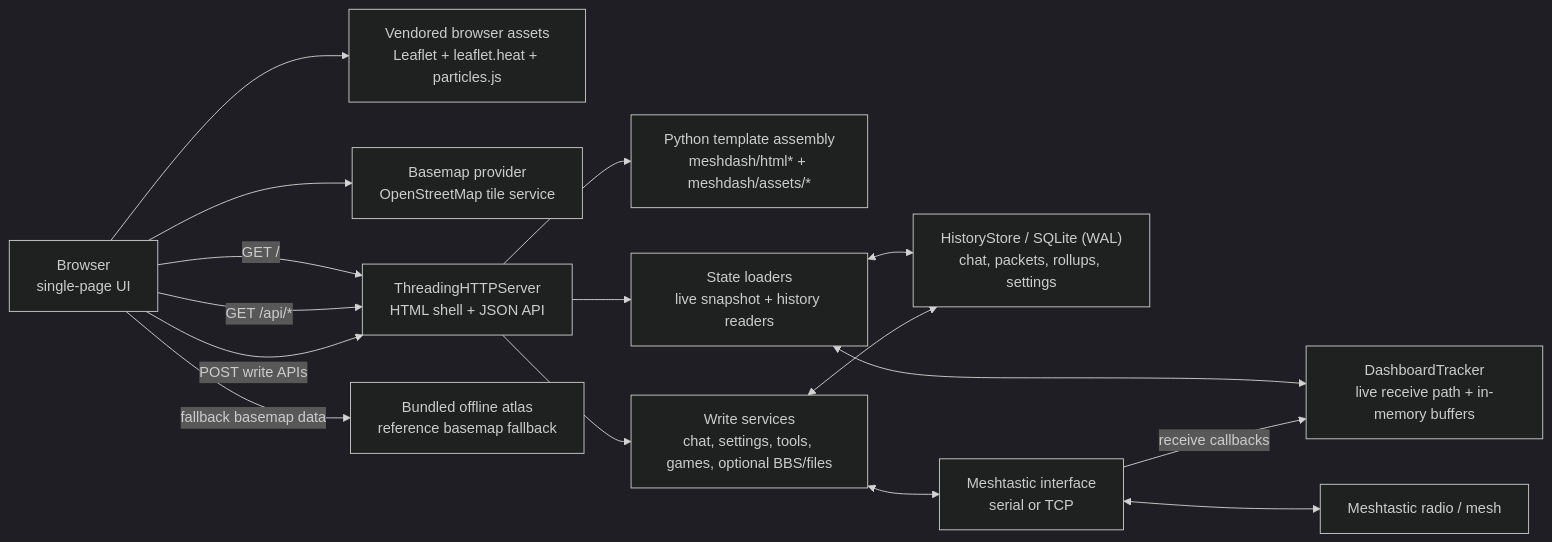
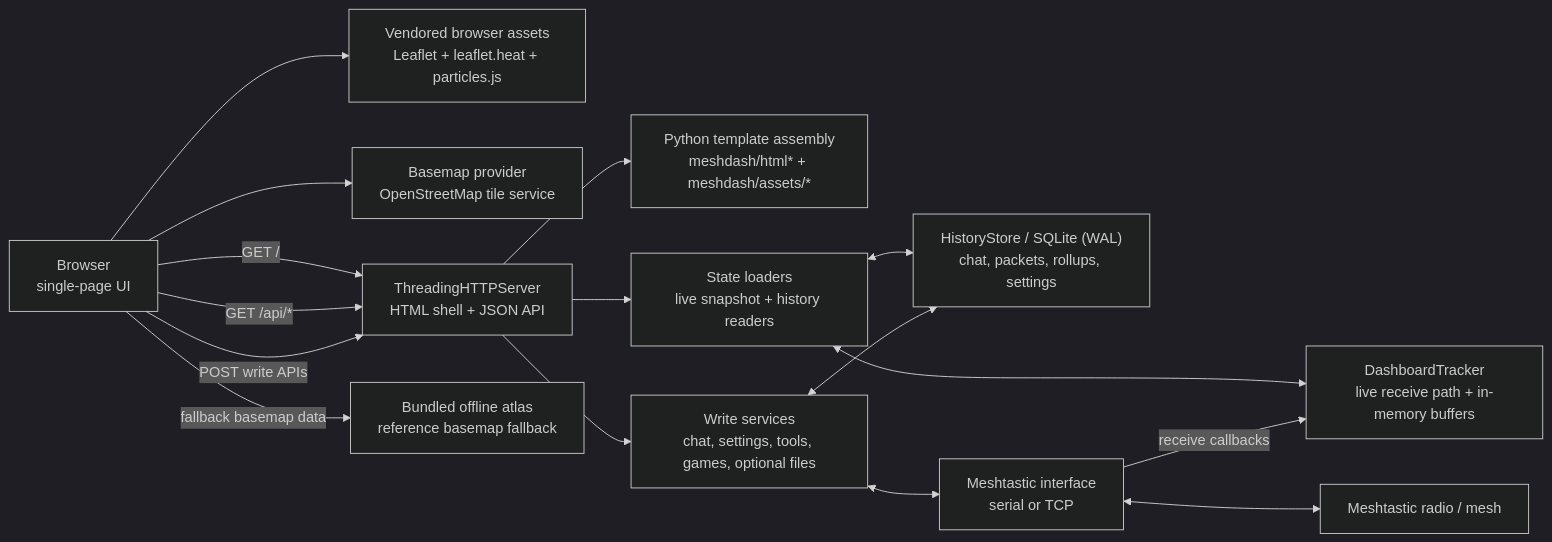
One commit to jaronmcd/meshyface changed the diagram in README.md. Above: the diagram before and after it, drawn with Mermaid (dark theme). The commit also changed other lines of this file and 238 other files, not shown here.

````diff
--- a/README.md
+++ b/README.md
@@ -118,31 +115,31 @@
 ```mermaid
 flowchart LR
   Browser["Browser<br/>single-page UI"]
   CDN["Vendored browser assets<br/>Leaflet + leaflet.heat + particles.js"]
   Tiles["Basemap provider<br/>OpenStreetMap tile service"]
   Server["ThreadingHTTPServer<br/>HTML shell + JSON API"]
   Assets["Python template assembly<br/>meshdash/html* + meshdash/assets/*"]
   State["State loaders<br/>live snapshot + history readers"]
-  Services["Write services<br/>chat, settings, tools, games, optional BBS/files"]
+  Services["Write services<br/>chat, settings, tools, games, optional files"]
   Tracker["DashboardTracker<br/>live receive path + in-memory buffers"]
   History["HistoryStore / SQLite (WAL)<br/>chat, packets, rollups, settings"]
   Radio["Meshtastic interface<br/>serial or TCP"]
   Mesh["Meshtastic radio / mesh"]
   Atlas["Bundled offline atlas<br/>reference basemap fallback"]
 
   Browser -->|GET /| Server
   Browser -->|GET /api/*| Server
   Browser -->|POST write APIs| Server
   Browser --> CDN
   Browser --> Tiles
   Browser -->|fallback basemap data| Atlas
   Server --> Assets
   Server --> State
   Server --> Services
   State <--> Tracker
   State <--> History
   Services <--> History
   Services <--> Radio
   Radio <--> Mesh
   Radio -->|receive callbacks| Tracker
 ```
````
